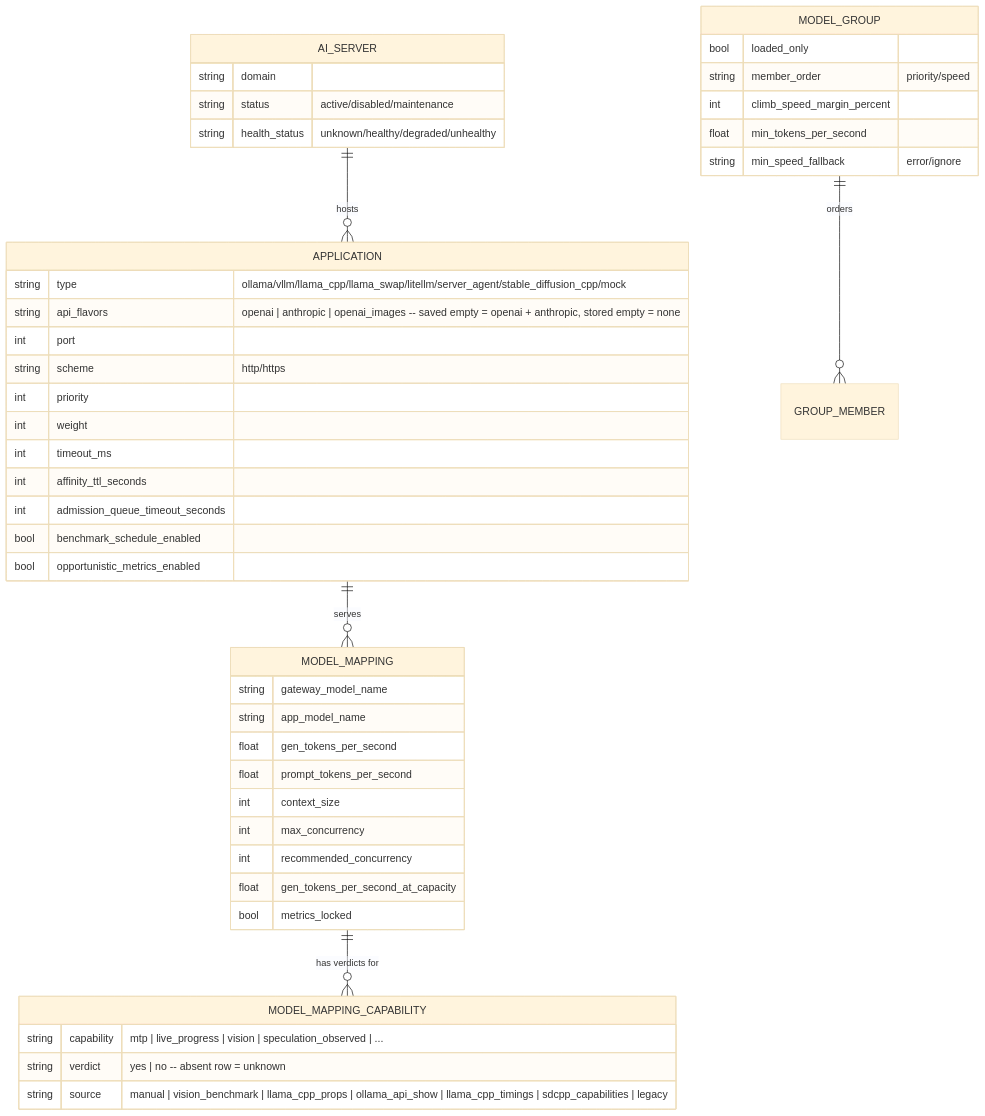
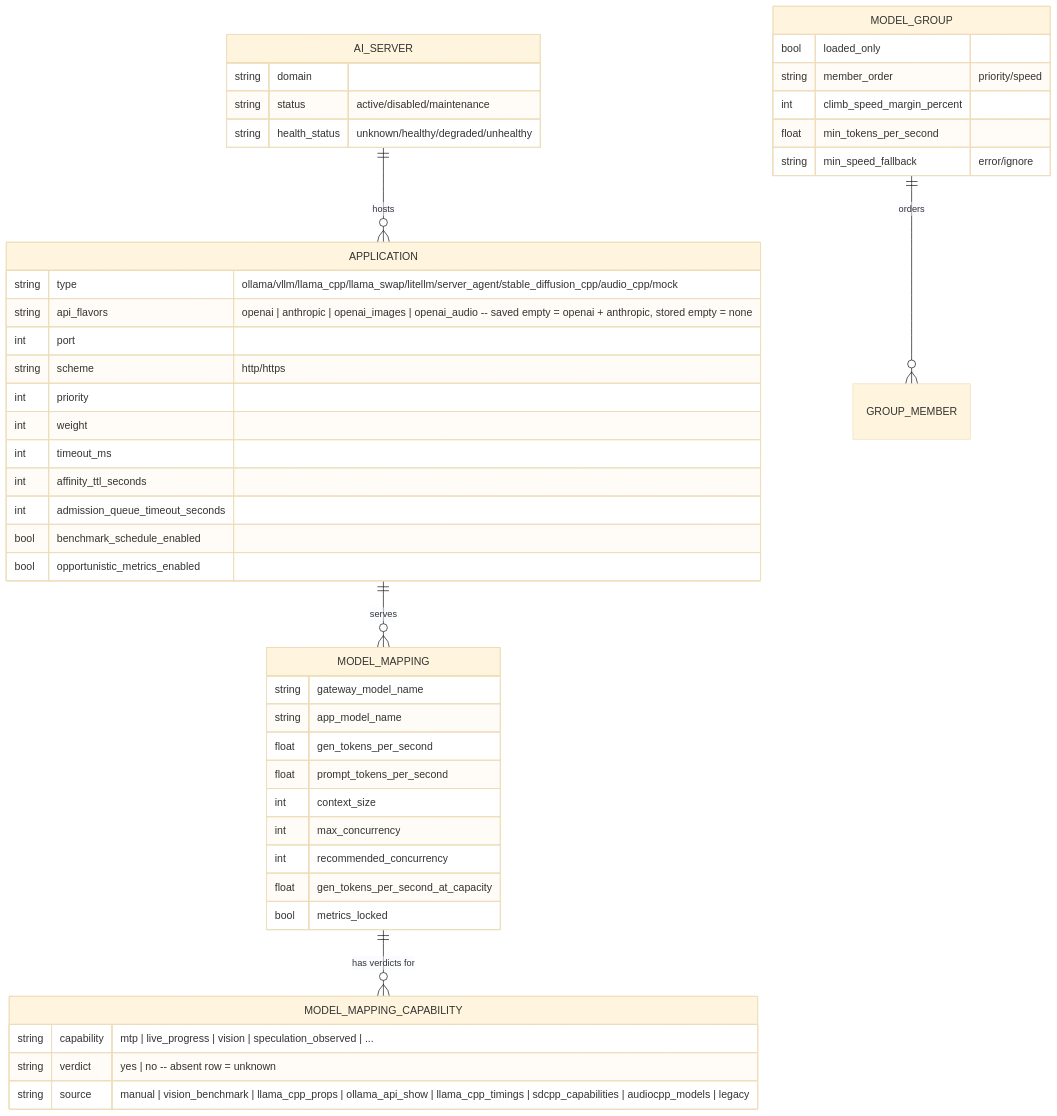
Before and after one commit to JLor08/op-ai-gateway: the first of 5 diagrams in docs/architecture/cross-cutting/routing-and-model-selection.md, drawn with Mermaid (base theme). The commit also changed other lines of this file and 117 other files, not shown here.

First line of the commit message:
feat: serve POST /v1/audio/speech backed by audio.cpp (#68) (#241)

````diff
--- a/docs/architecture/cross-cutting/routing-and-model-selection.md
+++ b/docs/architecture/cross-cutting/routing-and-model-selection.md
@@ -14,49 +14,49 @@
 ```mermaid
 erDiagram
     AI_SERVER ||--o{ APPLICATION : hosts
     APPLICATION ||--o{ MODEL_MAPPING : serves
     MODEL_MAPPING ||--o{ MODEL_MAPPING_CAPABILITY : "has verdicts for"
     MODEL_GROUP ||--o{ GROUP_MEMBER : orders
 
     AI_SERVER {
         string domain
         string status "active/disabled/maintenance"
         string health_status "unknown/healthy/degraded/unhealthy"
     }
     APPLICATION {
-        string type "ollama/vllm/llama_cpp/llama_swap/litellm/server_agent/stable_diffusion_cpp/mock"
-        string api_flavors "openai | anthropic | openai_images -- saved empty = openai + anthropic, stored empty = none"
+        string type "ollama/vllm/llama_cpp/llama_swap/litellm/server_agent/stable_diffusion_cpp/audio_cpp/mock"
+        string api_flavors "openai | anthropic | openai_images | openai_audio -- saved empty = openai + anthropic, stored empty = none"
         int port
         string scheme "http/https"
         int priority
         int weight
         int timeout_ms
         int affinity_ttl_seconds
         int admission_queue_timeout_seconds
         bool benchmark_schedule_enabled
         bool opportunistic_metrics_enabled
     }
     MODEL_MAPPING {
         string gateway_model_name
         string app_model_name
         float gen_tokens_per_second
         float prompt_tokens_per_second
         int context_size
         int max_concurrency
         int recommended_concurrency
         float gen_tokens_per_second_at_capacity
         bool metrics_locked
     }
     MODEL_MAPPING_CAPABILITY {
         string capability "mtp | live_progress | vision | speculation_observed | ..."
         string verdict "yes | no -- absent row = unknown"
-        string source "manual | vision_benchmark | llama_cpp_props | ollama_api_show | llama_cpp_timings | sdcpp_capabilities | legacy"
+        string source "manual | vision_benchmark | llama_cpp_props | ollama_api_show | llama_cpp_timings | sdcpp_capabilities | audiocpp_models | legacy"
     }
     MODEL_GROUP {
         bool loaded_only
         string member_order "priority/speed"
         int climb_speed_margin_percent
         float min_tokens_per_second
         string min_speed_fallback "error/ignore"
     }
 ```
````
